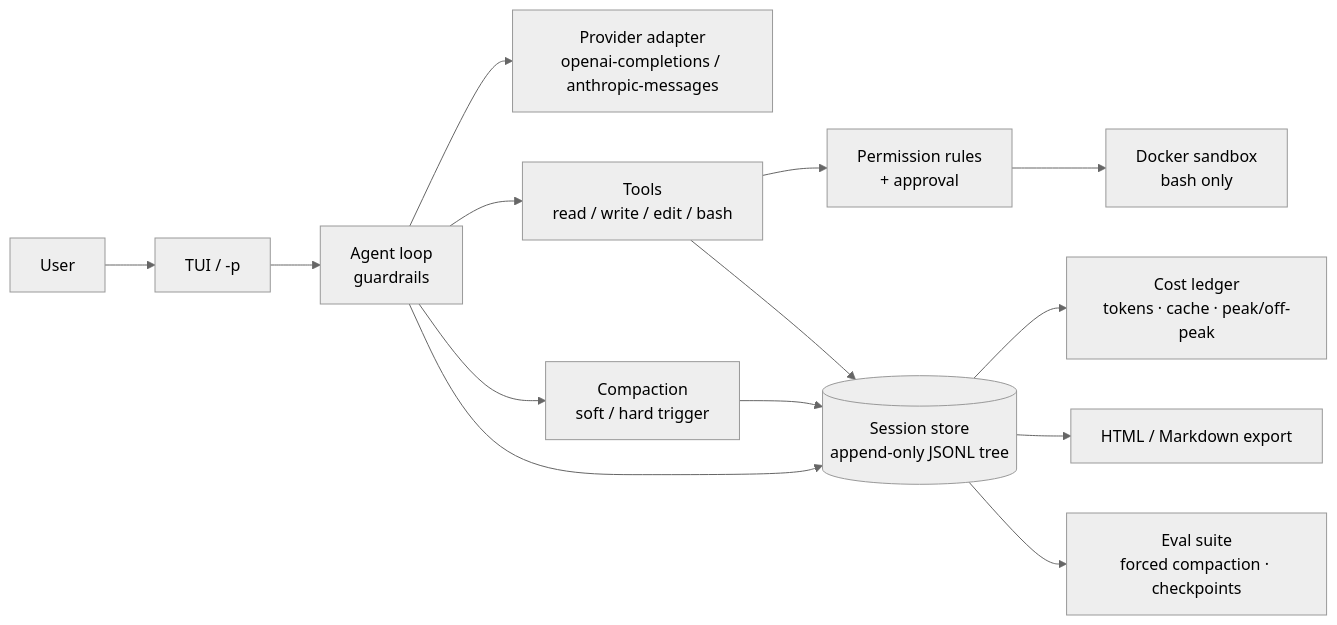
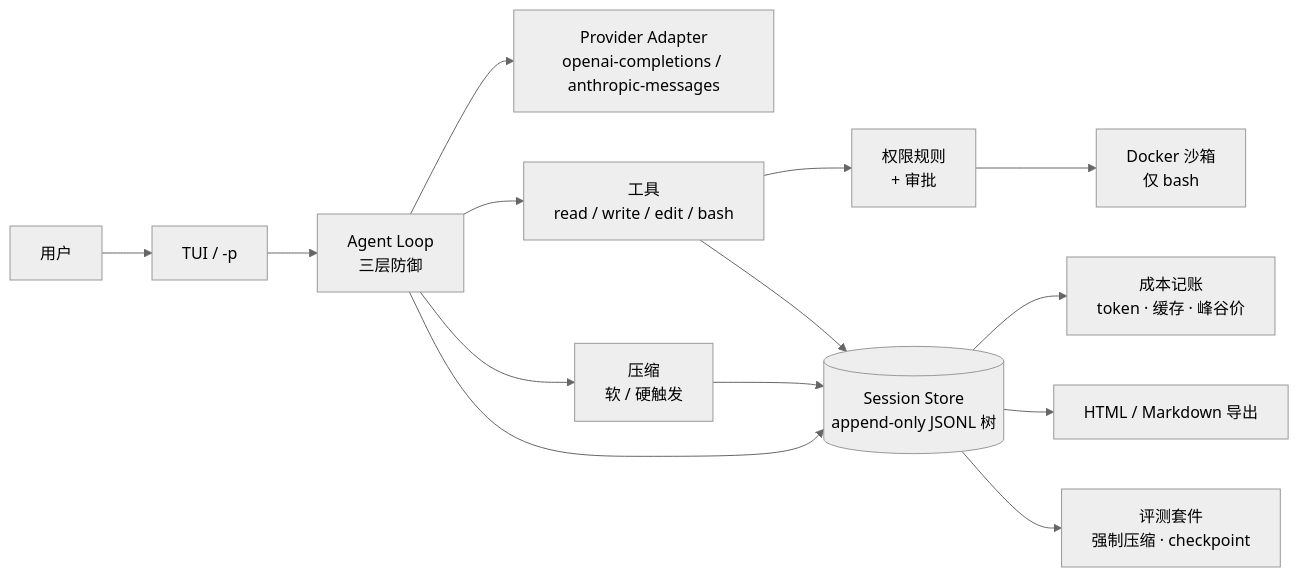
Before and after one commit to szh1007/codelotte: the diagram in README.md, drawn with Mermaid (neutral theme). The commit also changed other lines of this file and 9 other files, not shown here.

````diff
--- a/README.md
+++ b/README.md
@@ -83,16 +80,16 @@
 ```mermaid
 flowchart LR
-    U[User] --> I[TUI / -p]
-    I --> L[Agent loop<br/>guardrails]
-    L --> P[Provider adapter<br/>openai-completions / anthropic-messages]
-    L --> A[Tools<br/>read / write / edit / bash]
-    A --> R[Permission rules<br/>+ approval]
-    R --> S[Docker sandbox<br/>bash only]
-    L --> C[Compaction<br/>soft / hard trigger]
-    L --> D[(Session store<br/>append-only JSONL tree)]
+    U[用户] --> I[TUI / -p]
+    I --> L[Agent Loop<br/>三层防御]
+    L --> P[Provider Adapter<br/>openai-completions / anthropic-messages]
+    L --> A[工具<br/>read / write / edit / bash]
+    A --> R[权限规则<br/>+ 审批]
+    R --> S[Docker 沙箱<br/>仅 bash]
+    L --> C[压缩<br/>软 / 硬触发]
+    L --> D[(Session Store<br/>append-only JSONL 树)]
     A --> D
     C --> D
-    D --> K[Cost ledger<br/>tokens · cache · peak/off-peak]
-    D --> X[HTML / Markdown export]
-    D --> E[Eval suite<br/>forced compaction · checkpoints]
+    D --> K[成本记账<br/>token · 缓存 · 峰谷价]
+    D --> X[HTML / Markdown 导出]
+    D --> E[评测套件<br/>强制压缩 · checkpoint]
 ```
````
